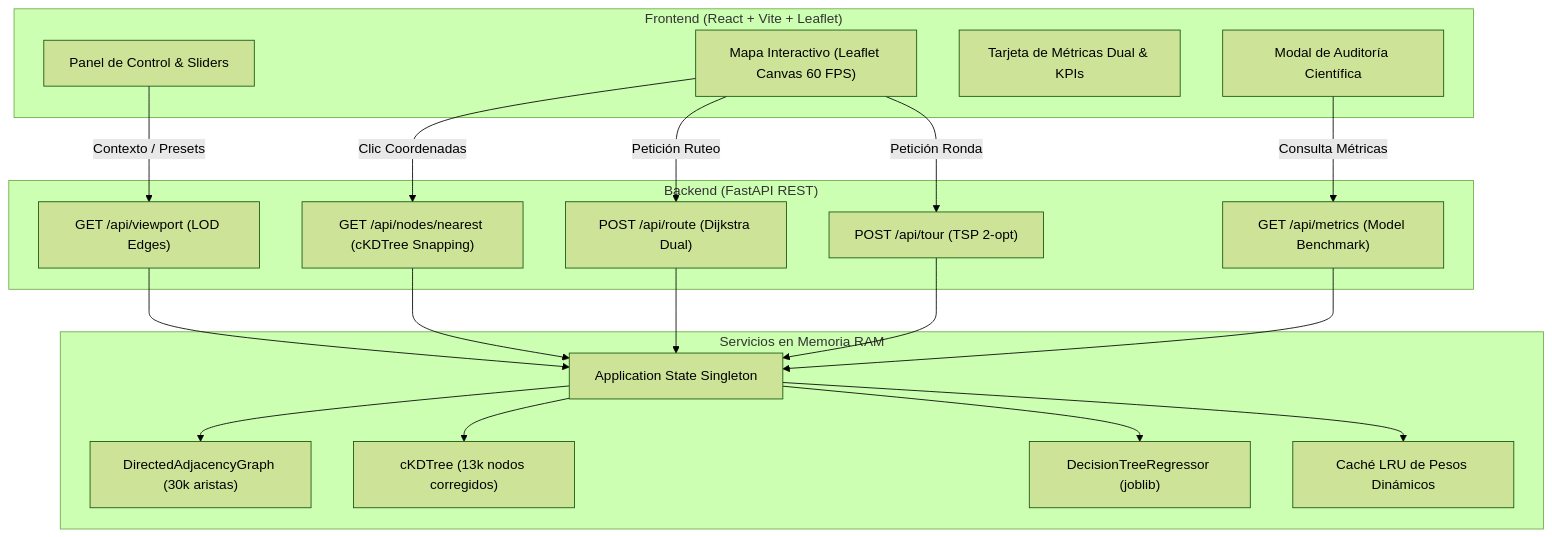
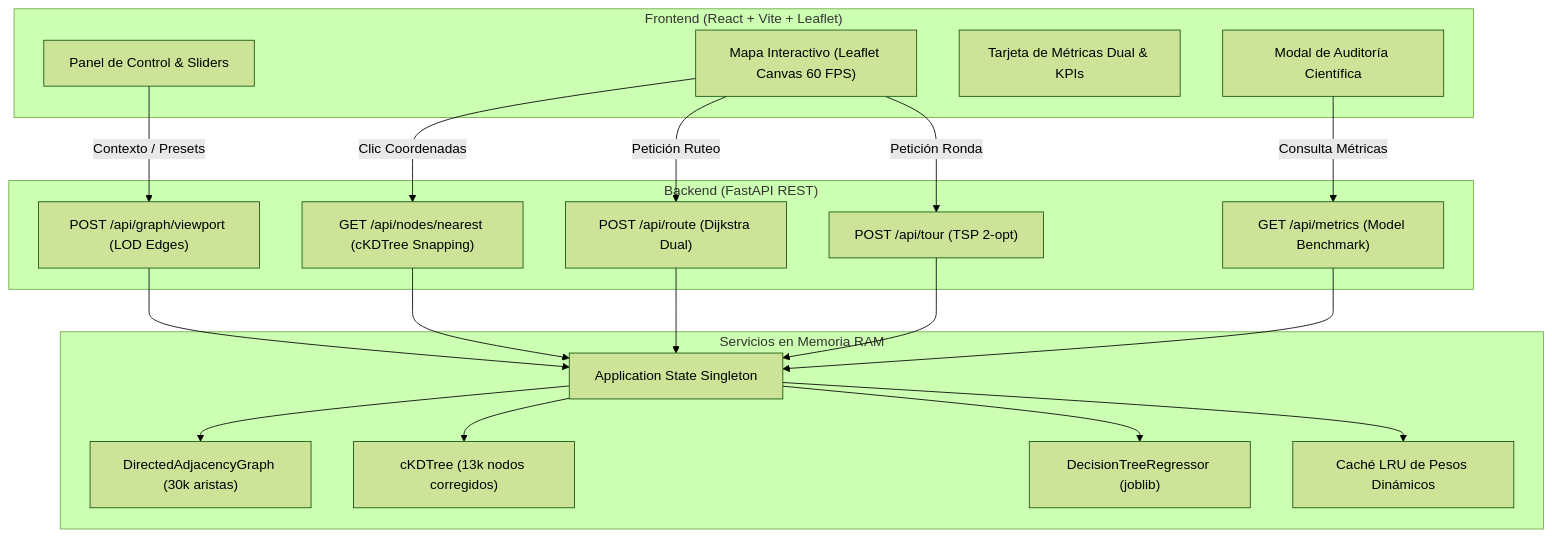
One commit to leancarr/TP-MachineLearning-y-Grafos--Problema-1 changed the second of 2 diagrams in docs/informe.md. Above: the diagram before and after it, drawn with Mermaid (forest theme). The commit also changed other lines of this file, not shown here.

````diff
--- a/docs/informe.md
+++ b/docs/informe.md
@@ -292,42 +322,42 @@
 ```mermaid
 graph TD
     subgraph Cliente ["Frontend (React + Vite + Leaflet)"]
         UI_CTRL["Panel de Control & Sliders"]
         UI_MAP["Mapa Interactivo (Leaflet Canvas 60 FPS)"]
         UI_METRICS["Tarjeta de Métricas Dual & KPIs"]
         UI_AUDIT["Modal de Auditoría Científica"]
     end
 
     subgraph API ["Backend (FastAPI REST)"]
-        EP_VIEW["GET /api/viewport (LOD Edges)"]
+        EP_VIEW["POST /api/graph/viewport (LOD Edges)"]
         EP_ROUTE["POST /api/route (Dijkstra Dual)"]
         EP_TOUR["POST /api/tour (TSP 2-opt)"]
         EP_BENCH["GET /api/metrics (Model Benchmark)"]
         EP_SNAP["GET /api/nodes/nearest (cKDTree Snapping)"]
     end
 
     subgraph RAM ["Servicios en Memoria RAM"]
         STATE["Application State Singleton"]
         GRAPH["DirectedAdjacencyGraph (30k aristas)"]
         TREE["cKDTree (13k nodos corregidos)"]
         MODEL["DecisionTreeRegressor (joblib)"]
         CACHE["Caché LRU de Pesos Dinámicos"]
     end
 
     UI_CTRL -->|Contexto / Presets| EP_VIEW
     UI_MAP -->|Clic Coordenadas| EP_SNAP
     UI_MAP -->|Petición Ruteo| EP_ROUTE
     UI_MAP -->|Petición Ronda| EP_TOUR
     UI_AUDIT -->|Consulta Métricas| EP_BENCH
 
     EP_VIEW --> STATE
     EP_ROUTE --> STATE
     EP_TOUR --> STATE
     EP_BENCH --> STATE
     EP_SNAP --> STATE
 
     STATE --> GRAPH
     STATE --> TREE
     STATE --> MODEL
     STATE --> CACHE
 ```
````
